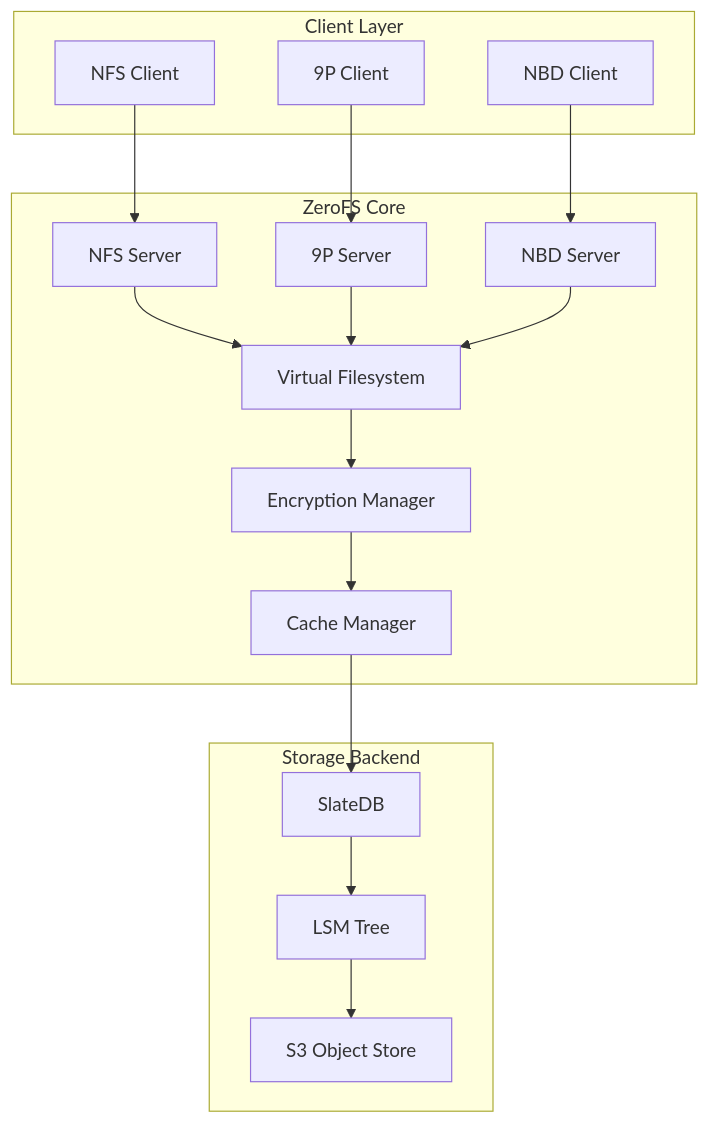
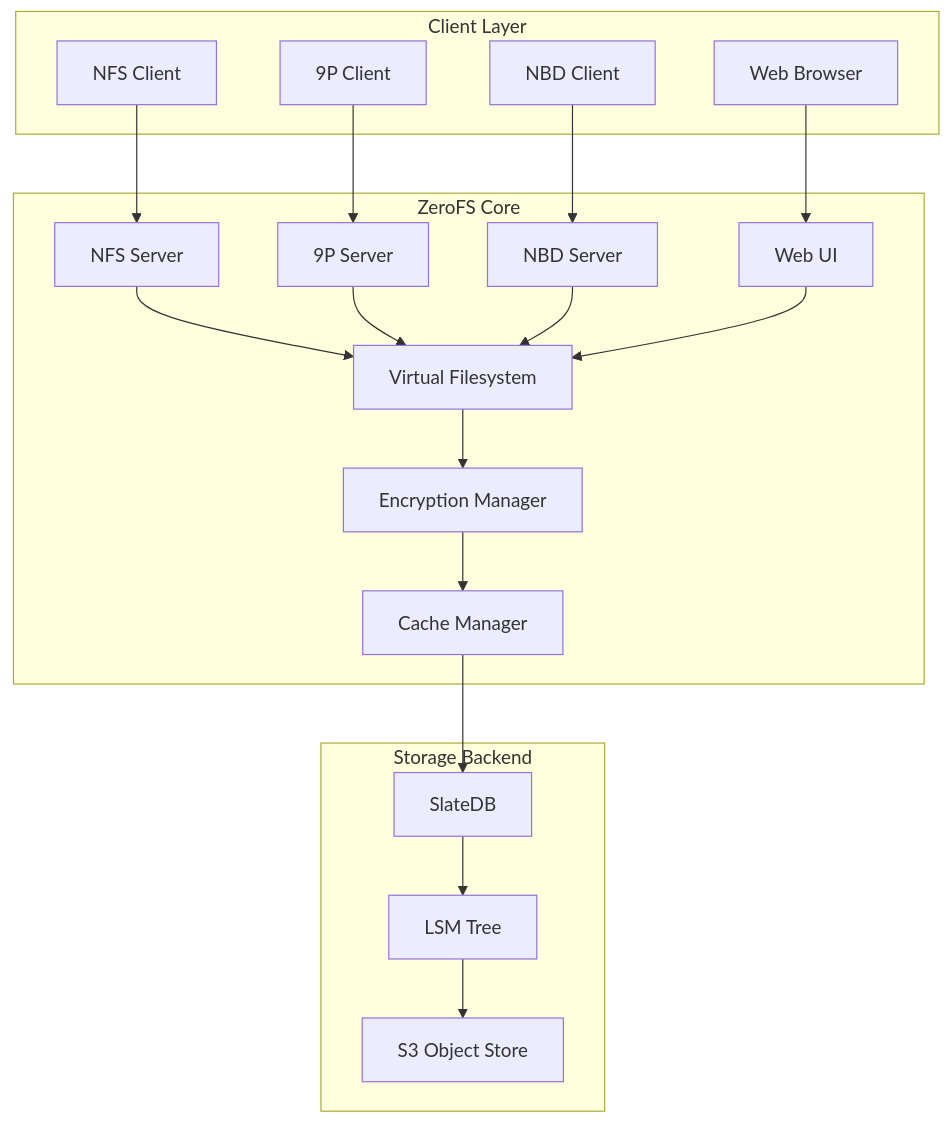
Before and after one commit to Barre/ZeroFS: the diagram in README.md, drawn with Mermaid. The commit also changed other lines of this file, not shown here.

````diff
--- a/README.md
+++ b/README.md
@@ -72,38 +94,42 @@
 ```mermaid
 
 graph TB
     subgraph "Client Layer"
         NFS[NFS Client]
         P9[9P Client]
         NBD[NBD Client]
+        WEB[Web Browser]
     end
     
     subgraph "ZeroFS Core"
         NFSD[NFS Server]
         P9D[9P Server]
         NBDD[NBD Server]
+        WEBUI[Web UI]
         VFS[Virtual Filesystem]
         ENC[Encryption Manager]
         CACHE[Cache Manager]
         
         NFSD --> VFS
         P9D --> VFS
         NBDD --> VFS
+        WEBUI --> VFS
         VFS --> ENC
         ENC --> CACHE
     end
     
     subgraph "Storage Backend"
         SLATE[SlateDB]
         LSM[LSM Tree]
         S3[S3 Object Store]
         
         CACHE --> SLATE
         SLATE --> LSM
         LSM --> S3
     end
     
     NFS --> NFSD
     P9 --> P9D
     NBD --> NBDD
+    WEB --> WEBUI
 ```
````
